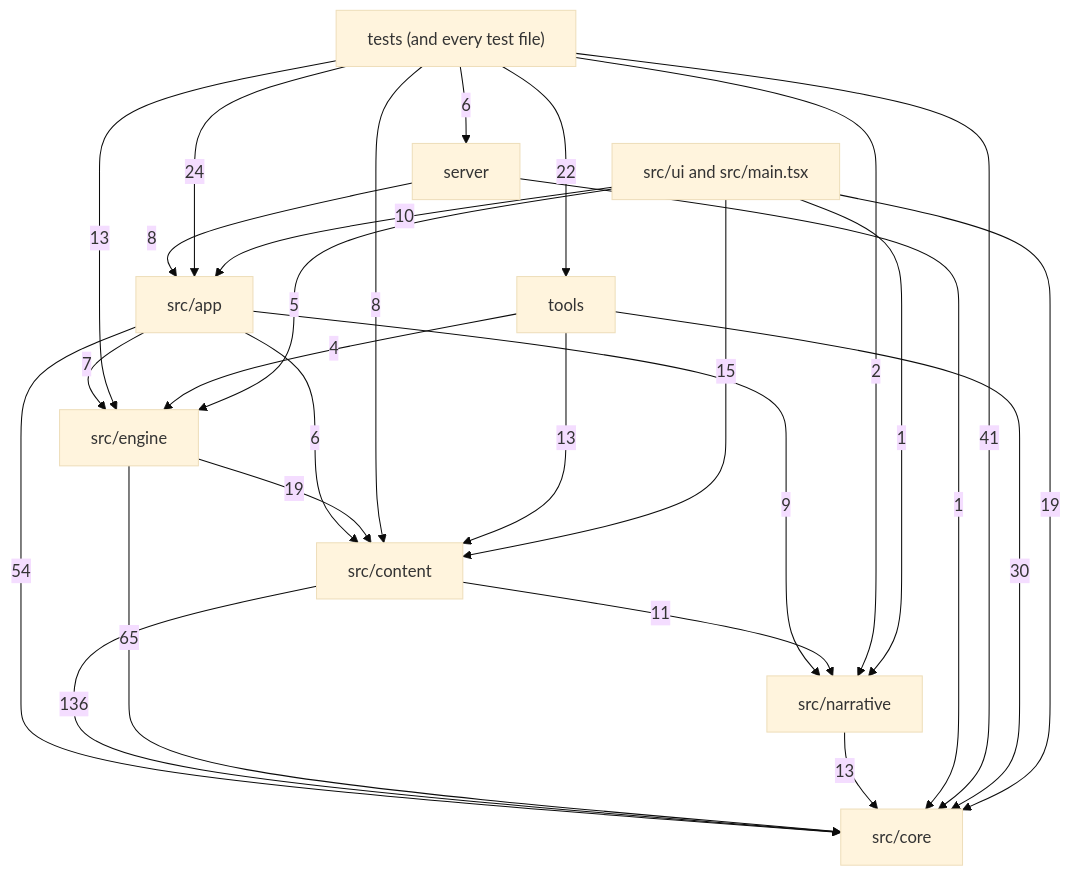
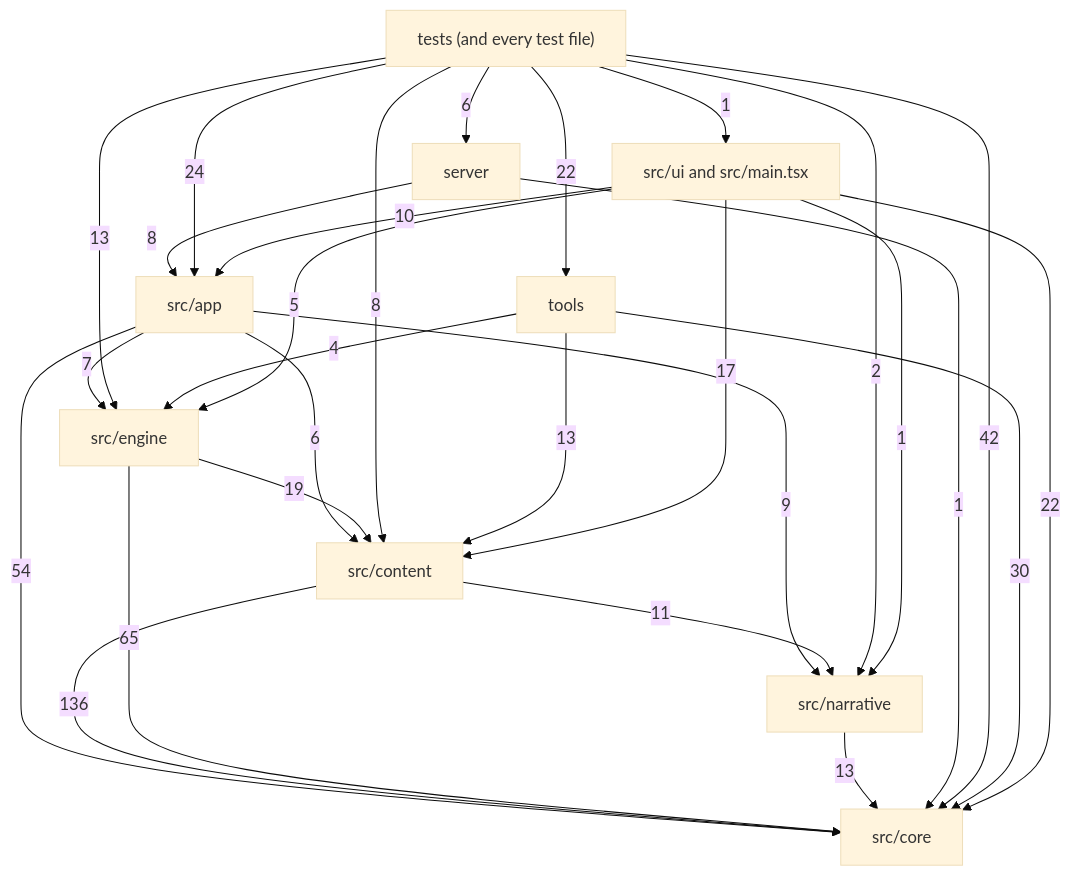
The diagram in docs/reference/code-map/README.md (OrangeB0lt/Cyber-funk), drawn with Mermaid (base theme) before and after one commit. The commit also changed other lines of this file and 13 other files, not shown here.

````diff
--- a/docs/reference/code-map/README.md
+++ b/docs/reference/code-map/README.md
@@ -29,38 +29,39 @@
 ```mermaid
 flowchart TD
   core["src/core"]
   narrative["src/narrative"]
   content["src/content"]
   engine["src/engine"]
   app["src/app"]
   ui["src/ui and src/main.tsx"]
   server["server"]
   tools["tools"]
   tests["tests (and every test file)"]
   app -->|6| content
   app -->|54| core
   app -->|7| engine
   app -->|9| narrative
   content -->|136| core
   content -->|11| narrative
   engine -->|19| content
   engine -->|65| core
   narrative -->|13| core
   server -->|8| app
   server -->|1| core
   tests -->|24| app
   tests -->|8| content
-  tests -->|41| core
+  tests -->|42| core
   tests -->|13| engine
   tests -->|2| narrative
   tests -->|6| server
   tests -->|22| tools
+  tests -->|1| ui
   tools -->|13| content
   tools -->|30| core
   tools -->|4| engine
   ui -->|10| app
-  ui -->|15| content
-  ui -->|19| core
+  ui -->|17| content
+  ui -->|22| core
   ui -->|5| engine
   ui -->|1| narrative
 ```
````
